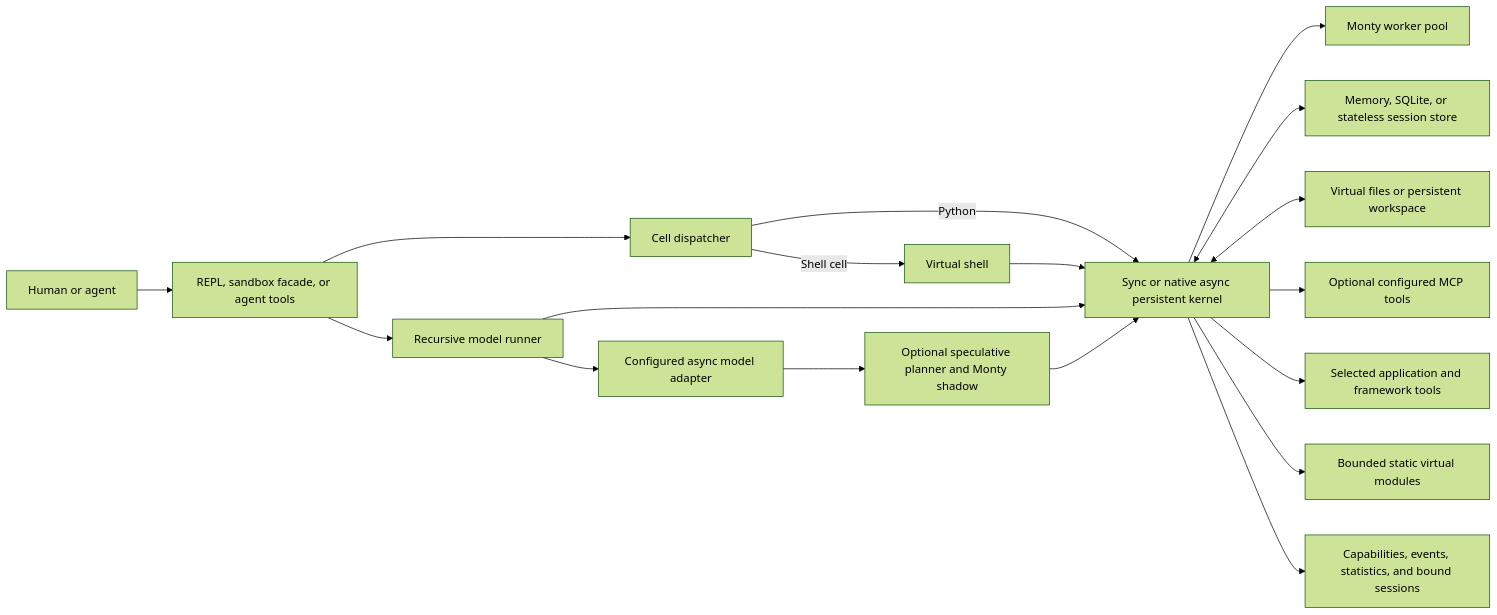
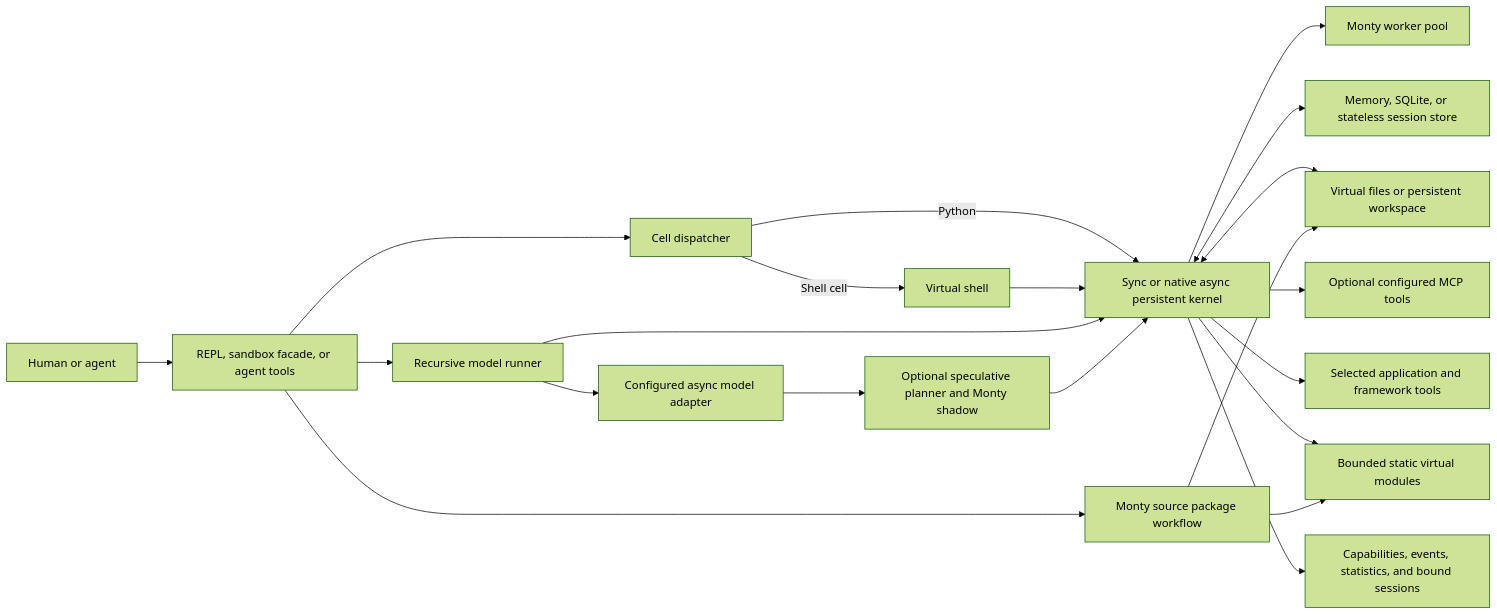
The diagram in README.md (sgaseretto/arenero), drawn with Mermaid (forest theme) before and after one commit. The commit also changed other lines of this file and 16 other files, not shown here.

Commit message:
feat: add Monty source package workflow

````diff
--- a/README.md
+++ b/README.md
@@ -12,20 +12,23 @@
 ```mermaid
 flowchart LR
     User["Human or agent"] --> Interface["REPL, sandbox facade, or agent tools"]
     Interface --> Cell["Cell dispatcher"]
     Cell -->|Python| Kernel["Sync or native async persistent kernel"]
     Cell -->|Shell cell| Shell["Virtual shell"]
     Shell --> Kernel
     Kernel --> Worker["Monty worker pool"]
     Kernel <--> Store["Memory, SQLite, or stateless session store"]
     Kernel <--> Files["Virtual files or persistent workspace"]
     Kernel --> MCP["Optional configured MCP tools"]
     Kernel --> Hosted["Selected application and framework tools"]
     Kernel --> Modules["Bounded static virtual modules"]
+    Interface --> Packages["Monty source package workflow"]
+    Packages --> Modules
+    Packages --> Files
     Kernel --> QoL["Capabilities, events, statistics, and bound sessions"]
     Interface --> RLM["Recursive model runner"]
     RLM --> Kernel
     RLM --> Model["Configured async model adapter"]
     Model --> Spec["Optional speculative planner and Monty shadow"]
     Spec --> Kernel
 ```
````
